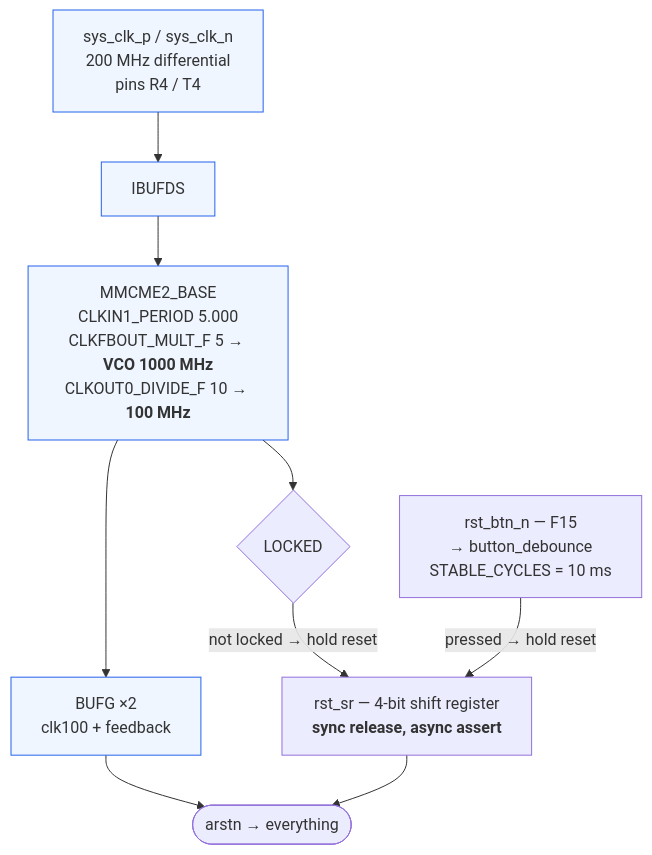
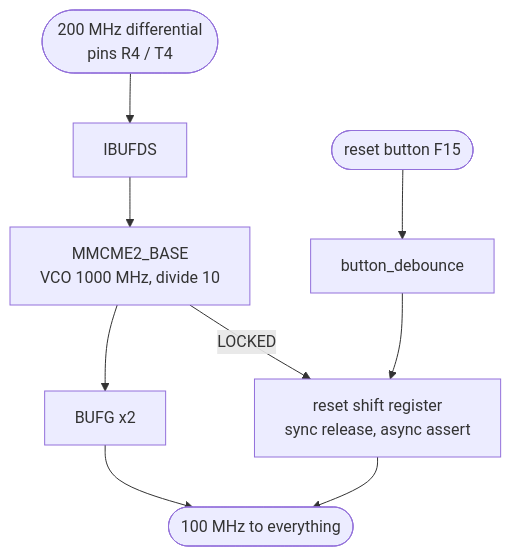
The second of 6 diagrams in docs/diagrams/io_uart.md (Rushmello369/fpga-feed-handler), drawn with Mermaid before and after one commit. The commit also changed other lines of this file and 12 other files, not shown here.

Commit message:
add diagrams for system and module architectures

````diff
--- a/docs/diagrams/io_uart.md
+++ b/docs/diagrams/io_uart.md
@@ -43,20 +32,10 @@
 ```mermaid
-flowchart TB
-    PIN["sys_clk_p / sys_clk_n<br/>200 MHz differential<br/>pins R4 / T4"]
-    IB["IBUFDS"]
-    MM["MMCME2_BASE<br/>CLKIN1_PERIOD 5.000<br/>CLKFBOUT_MULT_F 5 → <b>VCO 1000 MHz</b><br/>CLKOUT0_DIVIDE_F 10 → <b>100 MHz</b>"]
-    BG["BUFG ×2<br/>clk100 + feedback"]
-    LK{"LOCKED"}
-    BTN["rst_btn_n — F15<br/>→ button_debounce<br/>STABLE_CYCLES = 10 ms"]
-    SR["rst_sr — 4-bit shift register<br/><b>sync release, async assert</b>"]
-    ARSTN(["arstn → everything"])
-
-    PIN --> IB --> MM --> BG --> ARSTN
-    MM --> LK
-    LK -->|"not locked → hold reset"| SR
-    BTN -->|"pressed → hold reset"| SR
+flowchart TD
+    PIN([200 MHz differential<br/>pins R4 / T4]) --> IB[IBUFDS]
+    IB --> MM[MMCME2_BASE<br/>VCO 1000 MHz, divide 10]
+    MM --> BG[BUFG x2]
+    BG --> ARSTN([100 MHz to everything])
+    MM -->|LOCKED| SR[reset shift register<br/>sync release, async assert]
+    BTN([reset button F15]) --> DEB[button_debounce] --> SR
     SR --> ARSTN
-
-    classDef clk fill:#eff6ff,stroke:#2563eb
-    class PIN,IB,MM,BG clk
 ```
````
